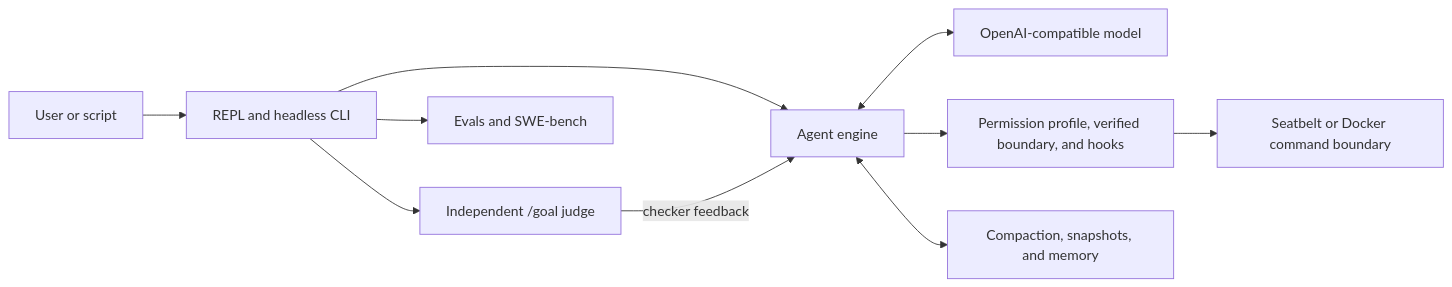
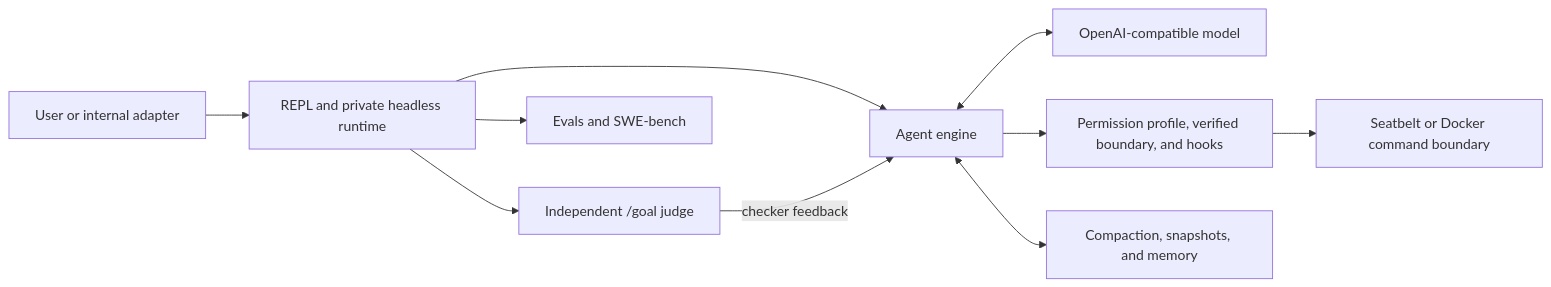
Before and after one commit to maisieyang/build-my-own-harness: the diagram in README.md, drawn with Mermaid. The commit also changed other lines of this file and 60 other files, not shown here.

Commit message:
Simplify public CLI and document REPL usage

````diff
--- a/README.md
+++ b/README.md
@@ -89,12 +89,12 @@
 ```mermaid
 flowchart LR
-    U["User or script"] --> C["REPL and headless CLI"]
+    U["User or internal adapter"] --> C["REPL and private headless runtime"]
     C --> E["Agent engine"]
     E <--> M["OpenAI-compatible model"]
     E --> P["Permission profile, verified boundary, and hooks"]
     P --> X["Seatbelt or Docker command boundary"]
     E <--> S["Compaction, snapshots, and memory"]
     C --> V["Independent /goal judge"]
     V -->|"checker feedback"| E
     C --> O["Evals and SWE-bench"]
 ```
````
